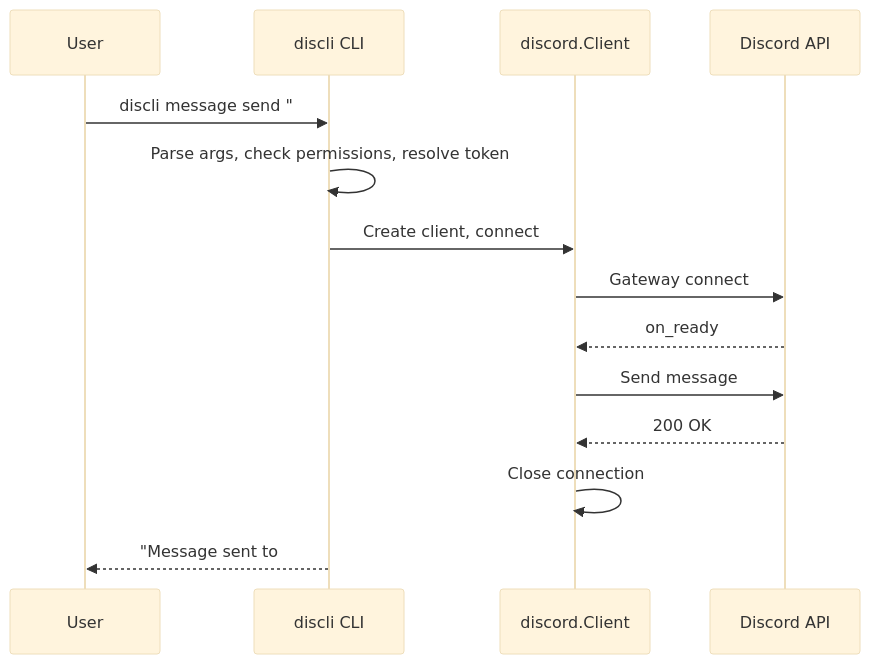
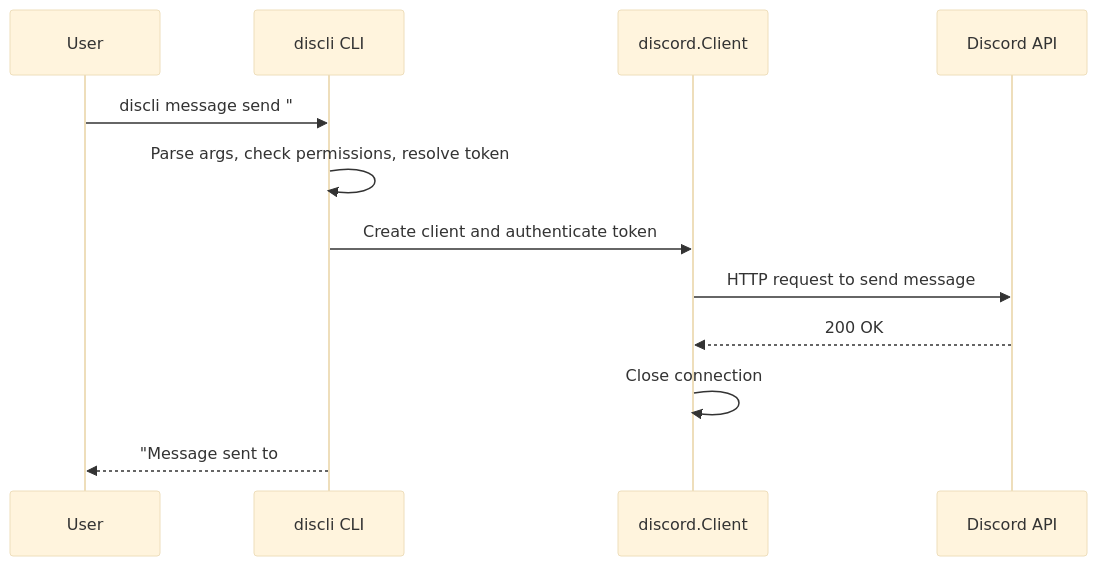
One commit to DevRohit06/discli changed the third of 4 diagrams in docs/architecture/overview.mdx. Above: the diagram before and after it, drawn with Mermaid (base theme). The commit also changed other lines of this file and 25 other files, not shown here.

First line of the commit message:
fix(client): separate REST and Gateway lifecycles

````diff
--- a/docs/architecture/overview.mdx
+++ b/docs/architecture/overview.mdx
@@ -73,17 +73,15 @@
 ```mermaid
 sequenceDiagram
     participant User
     participant CLI as discli CLI
     participant Client as discord.Client
     participant API as Discord API
 
     User->>CLI: discli message send "#general" "Hello"
     CLI->>CLI: Parse args, check permissions, resolve token
-    CLI->>Client: Create client, connect
-    Client->>API: Gateway connect
-    API-->>Client: on_ready
-    Client->>API: Send message
+    CLI->>Client: Create client and authenticate token
+    Client->>API: HTTP request to send message
     API-->>Client: 200 OK
     Client->>Client: Close connection
     CLI-->>User: "Message sent to #general"
 ```
````
